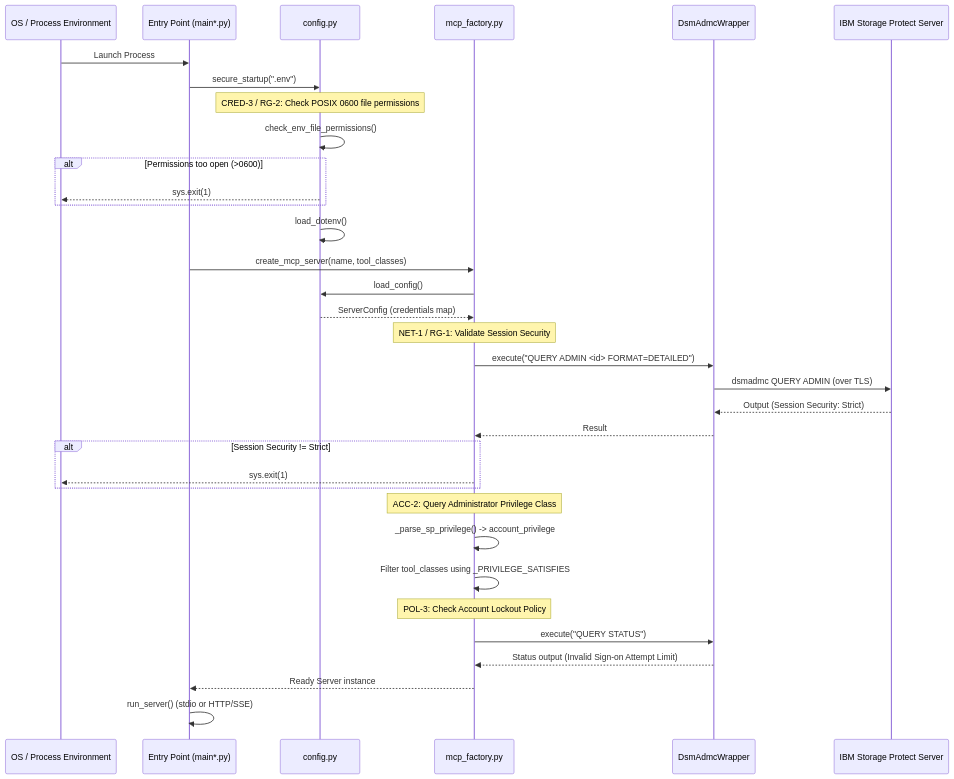
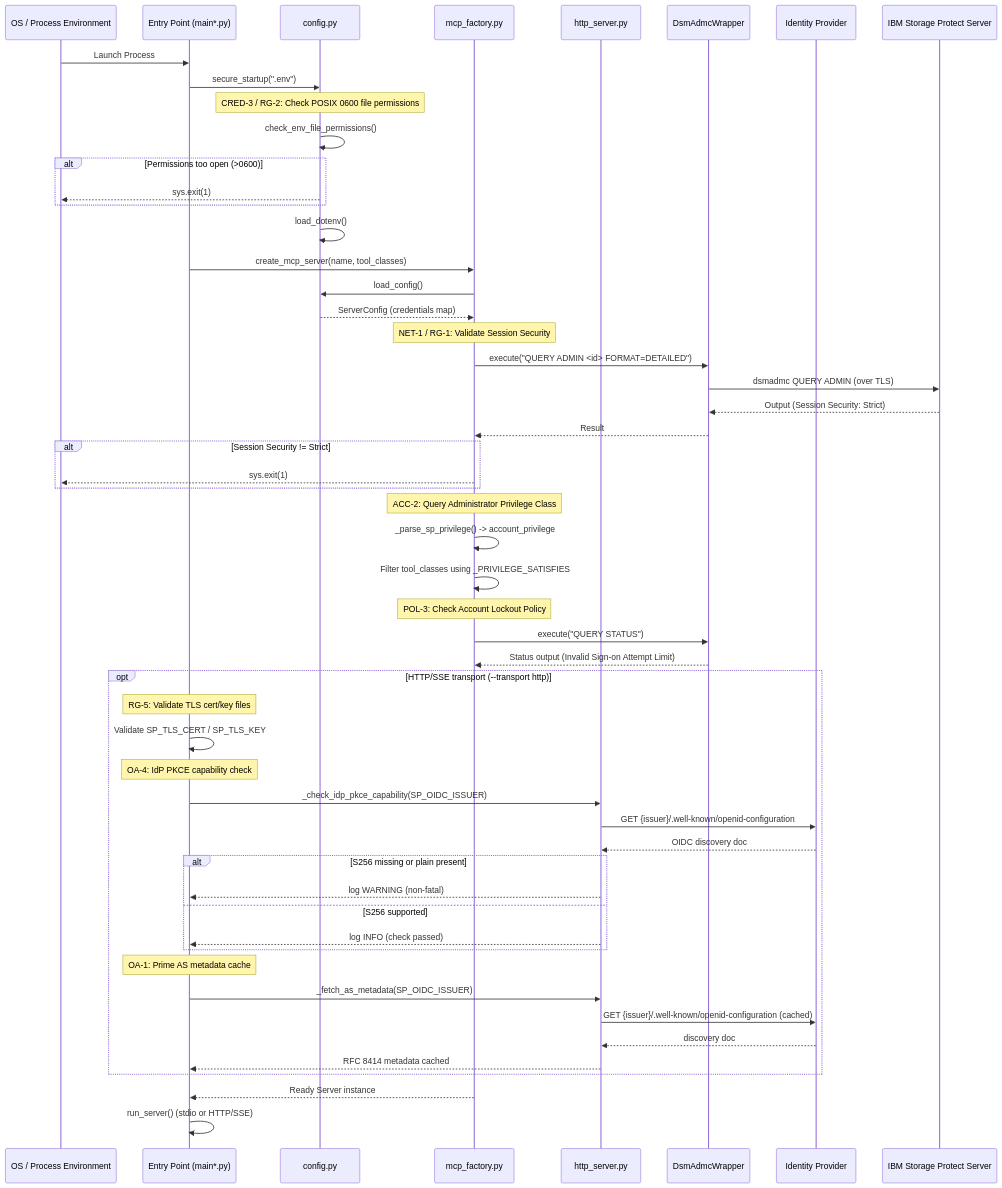
Before and after one commit to IBM/storage-protect-mcp-server: the second of 6 diagrams in docs/architecture/architecture.md, drawn with Mermaid. The commit also changed other lines of this file and 35 other files, not shown here.

````diff
--- a/docs/architecture/architecture.md
+++ b/docs/architecture/architecture.md
@@ -115,42 +124,65 @@
 ```mermaid
 sequenceDiagram
     participant OS as OS / Process Environment
     participant Main as Entry Point (main*.py)
     participant Config as config.py
     participant Factory as mcp_factory.py
+    participant HTTP as http_server.py
     participant CLI as DsmAdmcWrapper
+    participant IDP as Identity Provider
     participant SP as IBM Storage Protect Server
 
     OS->>Main: Launch Process
     Main->>Config: secure_startup(".env")
     note over Config: CRED-3 / RG-2: Check POSIX 0600 file permissions
     Config->>Config: check_env_file_permissions()
     alt Permissions too open (>0600)
         Config-->>OS: sys.exit(1)
     end
     Config->>Config: load_dotenv()
 
     Main->>Factory: create_mcp_server(name, tool_classes)
     Factory->>Config: load_config()
     Config-->>Factory: ServerConfig (credentials map)
 
     note over Factory: NET-1 / RG-1: Validate Session Security
     Factory->>CLI: execute("QUERY ADMIN <id> FORMAT=DETAILED")
     CLI->>SP: dsmadmc QUERY ADMIN (over TLS)
     SP-->>CLI: Output (Session Security: Strict)
     CLI-->>Factory: Result
     alt Session Security != Strict
         Factory-->>OS: sys.exit(1)
     end
 
     note over Factory: ACC-2: Query Administrator Privilege Class
     Factory->>Factory: _parse_sp_privilege() -> account_privilege
     Factory->>Factory: Filter tool_classes using _PRIVILEGE_SATISFIES
 
     note over Factory: POL-3: Check Account Lockout Policy
     Factory->>CLI: execute("QUERY STATUS")
     CLI-->>Factory: Status output (Invalid Sign-on Attempt Limit)
 
+    opt HTTP/SSE transport (--transport http)
+        note over Main: RG-5: Validate TLS cert/key files
+        Main->>Main: Validate SP_TLS_CERT / SP_TLS_KEY
+
+        note over Main: OA-4: IdP PKCE capability check
+        Main->>HTTP: _check_idp_pkce_capability(SP_OIDC_ISSUER)
+        HTTP->>IDP: GET {issuer}/.well-known/openid-configuration
+        IDP-->>HTTP: OIDC discovery doc
+        alt S256 missing or plain present
+            HTTP-->>Main: log WARNING (non-fatal)
+        else S256 supported
+            HTTP-->>Main: log INFO (check passed)
+        end
+
+        note over Main: OA-1: Prime AS metadata cache
+        Main->>HTTP: _fetch_as_metadata(SP_OIDC_ISSUER)
+        HTTP->>IDP: GET {issuer}/.well-known/openid-configuration (cached)
+        IDP-->>HTTP: discovery doc
+        HTTP-->>Main: RFC 8414 metadata cached
+    end
+
     Factory-->>Main: Ready Server instance
     Main->>Main: run_server() (stdio or HTTP/SSE)
 ```
````
